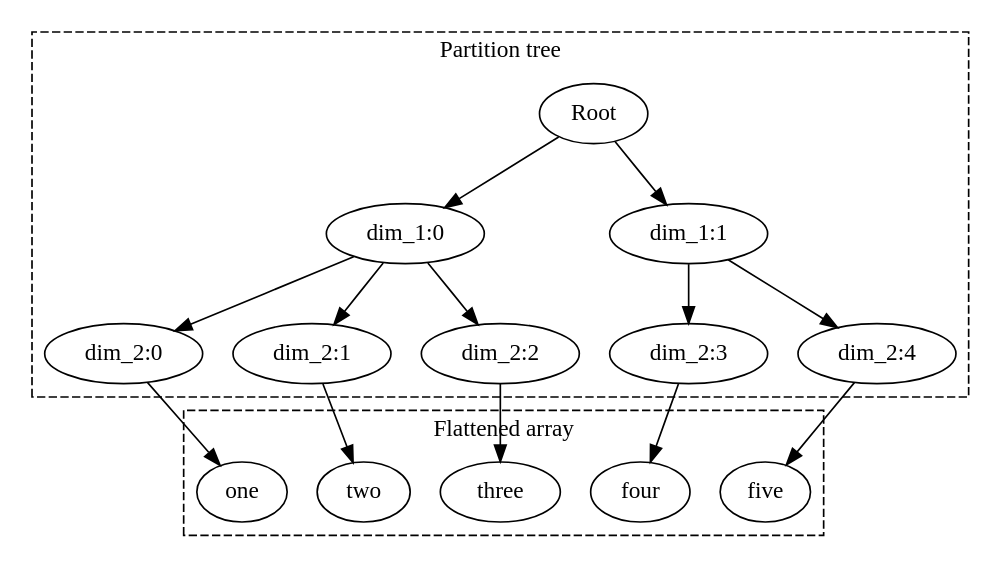
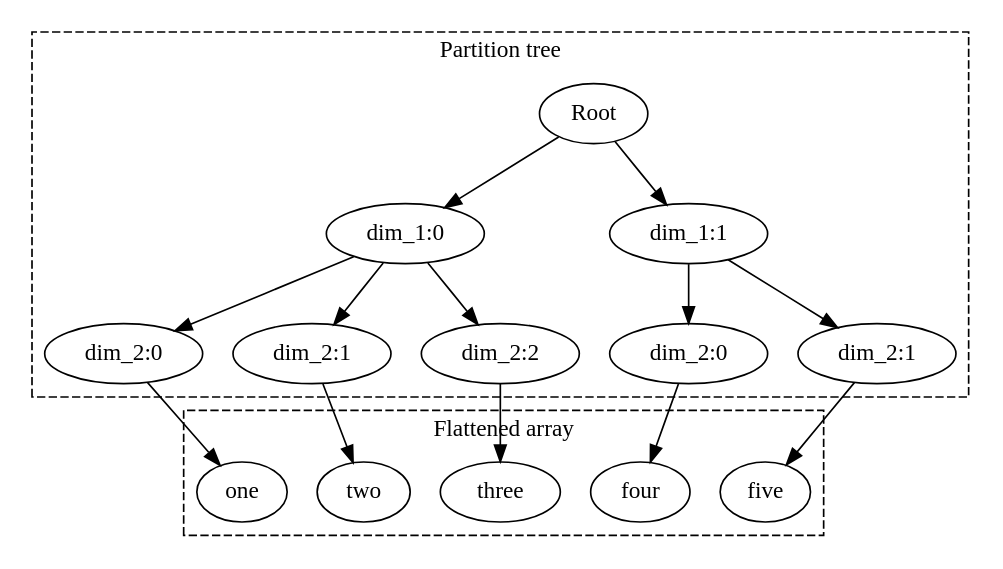
One commit to google/koladata changed the diagram in docs/fundamentals.md. Above: the diagram before and after it, drawn with Graphviz. The commit also changed 1 other file, not shown here.

Commit message:
No public description

````diff
--- a/docs/fundamentals.md
+++ b/docs/fundamentals.md
@@ -57,26 +57,28 @@
 ```dot
 digraph {
   Root -> "dim_1:0"
   Root -> "dim_1:1"
   "dim_1:0" -> "dim_2:0"
   "dim_1:0" -> "dim_2:1"
   "dim_1:0" -> "dim_2:2"
-  "dim_1:1" -> "dim_2:3"
-  "dim_1:1" -> "dim_2:4"
+  "dim_2:0 bis" [label = "dim_2:0"]
+  "dim_2:1 bis" [label = "dim_2:1"]
+  "dim_1:1" -> "dim_2:0 bis"
+  "dim_1:1" -> "dim_2:1 bis"
   "dim_2:0" -> one
   "dim_2:1" -> two
   "dim_2:2" -> three
-  "dim_2:3" -> four
-  "dim_2:4" -> five
+  "dim_2:0 bis" -> four
+  "dim_2:1 bis" -> five
 
   subgraph cluster_x {
     graph [style="dashed", label="Partition tree"]
-    Root;"dim_1:0";"dim_1:1";"dim_2:0";"dim_2:1";"dim_2:2";"dim_2:3";"dim_2:4";
+    Root;"dim_1:0";"dim_1:1";"dim_2:0";"dim_2:1";"dim_2:2";"dim_2:0 bis";"dim_2:1 bis";
   }
 
   subgraph cluster_y {
     graph [style="dashed", label="Flattened array"]
     one;two;three;four;five
   }
 }
 ```
````
